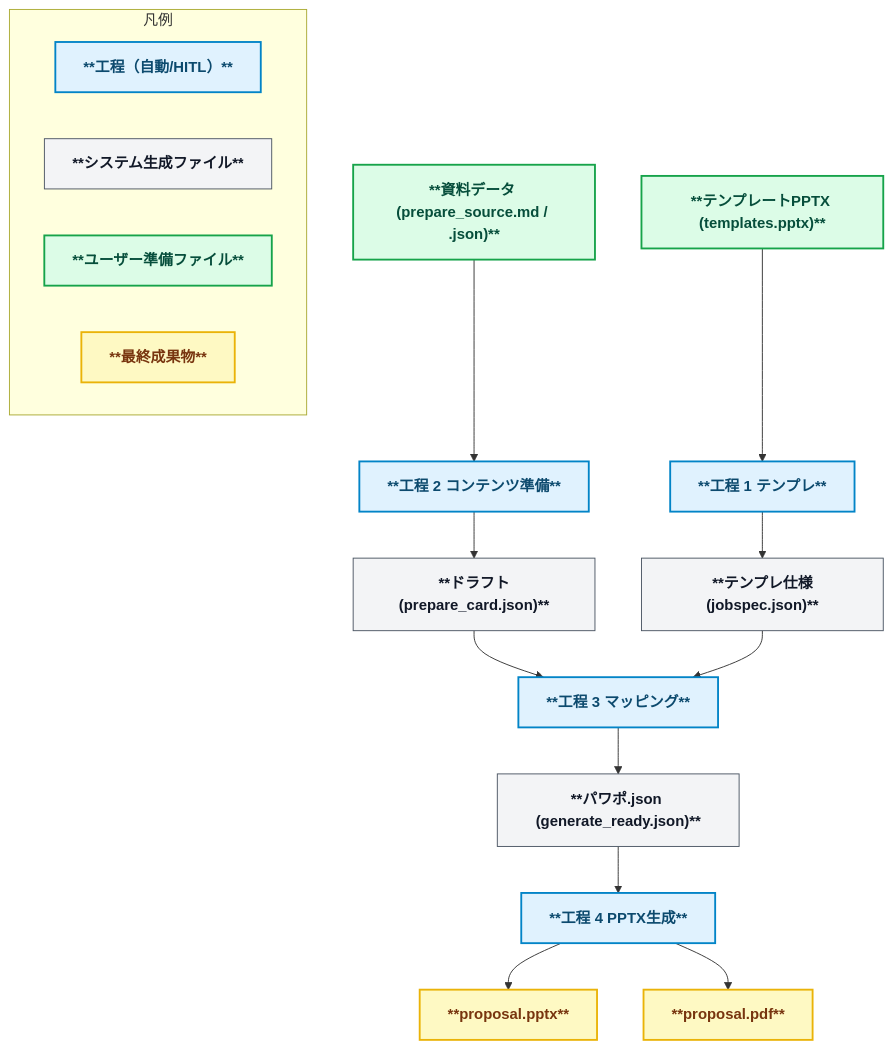
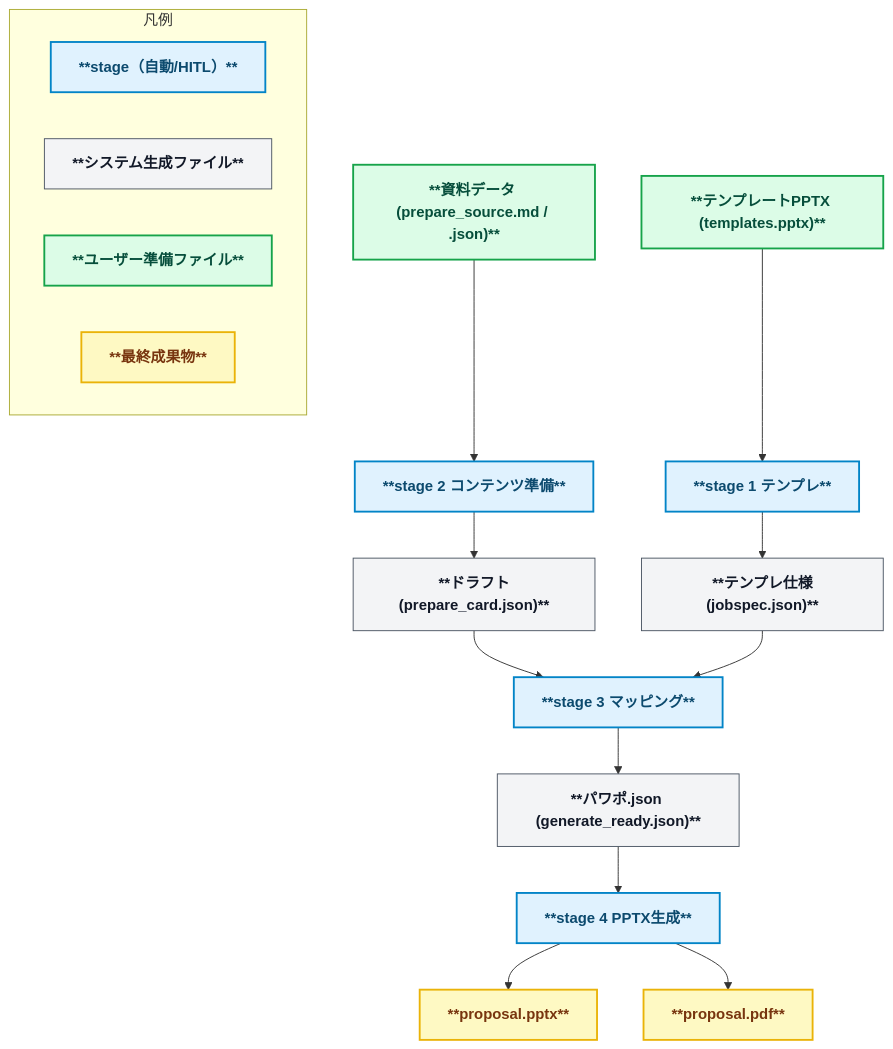
One commit to yurake/pptx_generator changed the first of 2 diagrams in README.md. Above: the diagram before and after it, drawn with Mermaid. The commit also changed other lines of this file and 144 other files, not shown here.

````diff
--- a/README.md
+++ b/README.md
@@ -50,36 +50,36 @@
 ```mermaid
 flowchart TD
   %% ======= Styles =======
   classDef stage fill:#e0f2fe,stroke:#0284c7,stroke-width:2px,color:#0c4a6e,font-weight:bold;
   classDef file fill:#f3f4f6,stroke:#4b5563,stroke-width:1px,color:#111827,font-weight:bold;
   classDef userfile fill:#dcfce7,stroke:#16a34a,stroke-width:2px,color:#064e3b,font-weight:bold;
   classDef final fill:#fef9c3,stroke:#eab308,stroke-width:2px,color:#78350f,font-weight:bold;
 
   %% ======= Stage 1 =======
-  Tmpl["**テンプレートPPTX (templates.pptx)**"]:::userfile --> S1["**工程 1 テンプレ**"]:::stage
+  Tmpl["**テンプレートPPTX (templates.pptx)**"]:::userfile --> S1["**stage 1 テンプレ**"]:::stage
   S1 --> Jobspec["**テンプレ仕様(jobspec.json)**"]:::file
 
   %% ======= Stage 2 =======
-  Prepare["**資料データ (prepare_source.md / .json)**"]:::userfile --> S2["**工程 2 コンテンツ準備**"]:::stage
+  Prepare["**資料データ (prepare_source.md / .json)**"]:::userfile --> S2["**stage 2 コンテンツ準備**"]:::stage
   S2 --> PrepareCards["**ドラフト(prepare_card.json)**"]:::file
   PrepareCards --> S3
 
   %% ======= Stage 3 =======
-  S3["**工程 3 マッピング**"]:::stage
+  S3["**stage 3 マッピング**"]:::stage
   Jobspec --> S3
   S3 --> Ready["**パワポ.json (generate_ready.json)**"]:::file
 
   %% ======= Stage 4 =======
-  Ready --> S4["**工程 4 PPTX生成**"]:::stage
+  Ready --> S4["**stage 4 PPTX生成**"]:::stage
   S4 --> PPTX["**proposal.pptx**"]:::final
   S4 --> PDF["**proposal.pdf**"]:::final
 
   %% ======= Legend =======
   subgraph Legend[凡例]
     direction LR
-    A1["**工程（自動/HITL）**"]:::stage
+    A1["**stage（自動/HITL）**"]:::stage
     A2["**システム生成ファイル**"]:::file
     A3["**ユーザー準備ファイル**"]:::userfile
     A4["**最終成果物**"]:::final
   end
 ```
````
